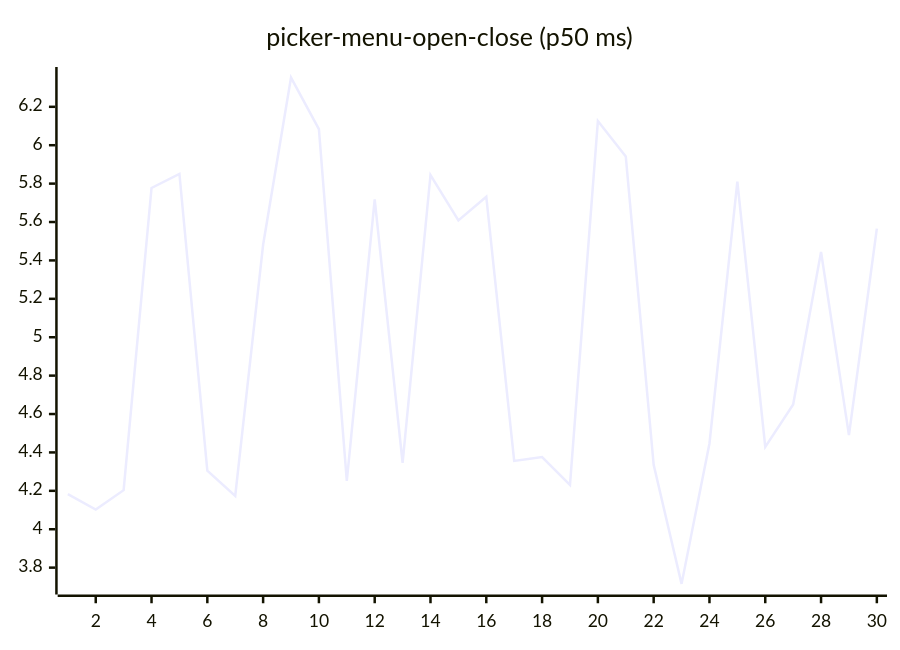
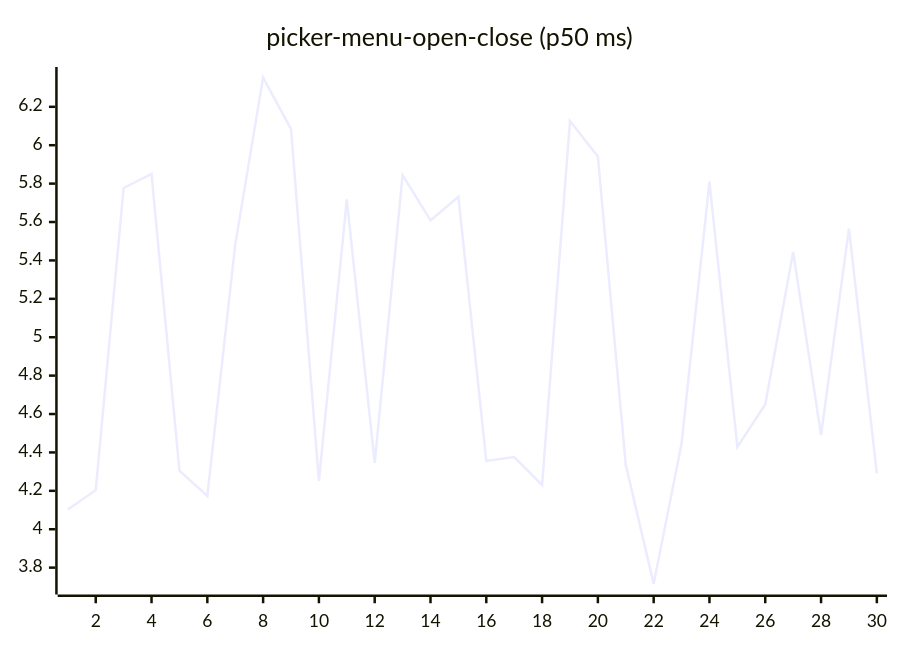
One commit to josha/Facet changed diagram 16 of 27 in README.md. Above: the diagram before and after it, drawn with Mermaid. The commit also changed other lines of this file and 2 other files, not shown here.

````diff
--- a/README.md
+++ b/README.md
@@ -168,6 +168,6 @@
 ```mermaid
 xychart-beta
     title "picker-menu-open-close (p50 ms)"
     x-axis 1 --> 30
-    line [4.1828, 4.1028, 4.2034, 5.7775, 5.8503, 4.3049, 4.1731, 5.4814, 6.3520, 6.0839, 4.2522, 5.7175, 4.3452, 5.8449, 5.6085, 5.7317, 4.3559, 4.3756, 4.2307, 6.1258, 5.9413, 4.3353, 3.7154, 4.4466, 5.8101, 4.4287, 4.6495, 5.4442, 4.4899, 5.5654]
+    line [4.1028, 4.2034, 5.7775, 5.8503, 4.3049, 4.1731, 5.4814, 6.3520, 6.0839, 4.2522, 5.7175, 4.3452, 5.8449, 5.6085, 5.7317, 4.3559, 4.3756, 4.2307, 6.1258, 5.9413, 4.3353, 3.7154, 4.4466, 5.8101, 4.4287, 4.6495, 5.4442, 4.4899, 5.5654, 4.2905]
 ```
````
